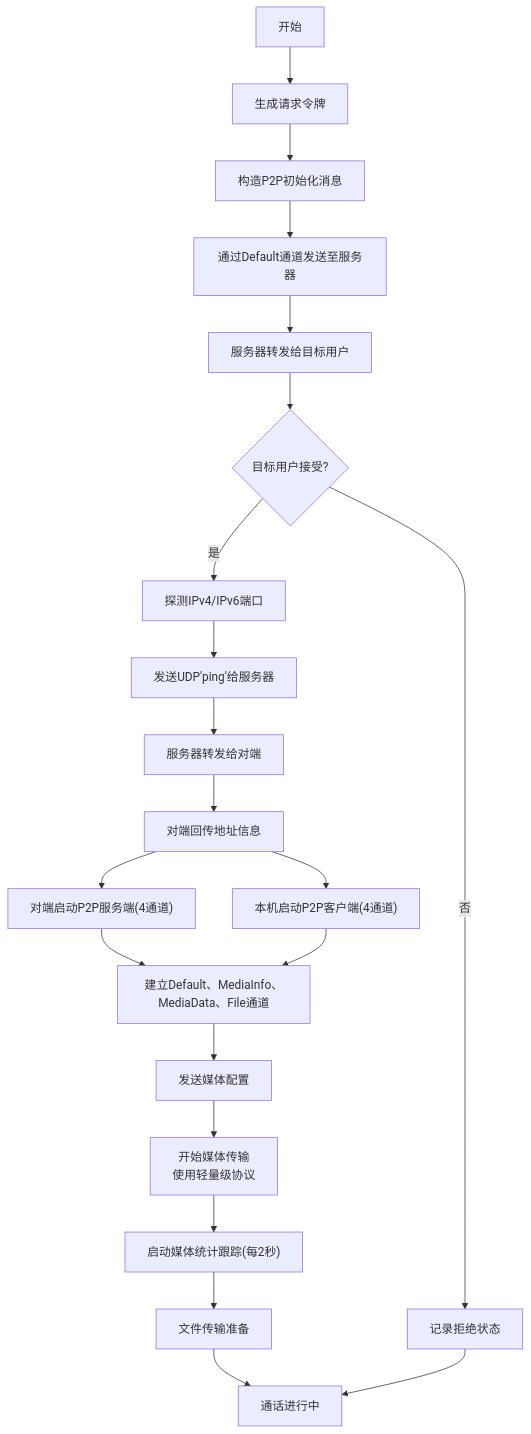
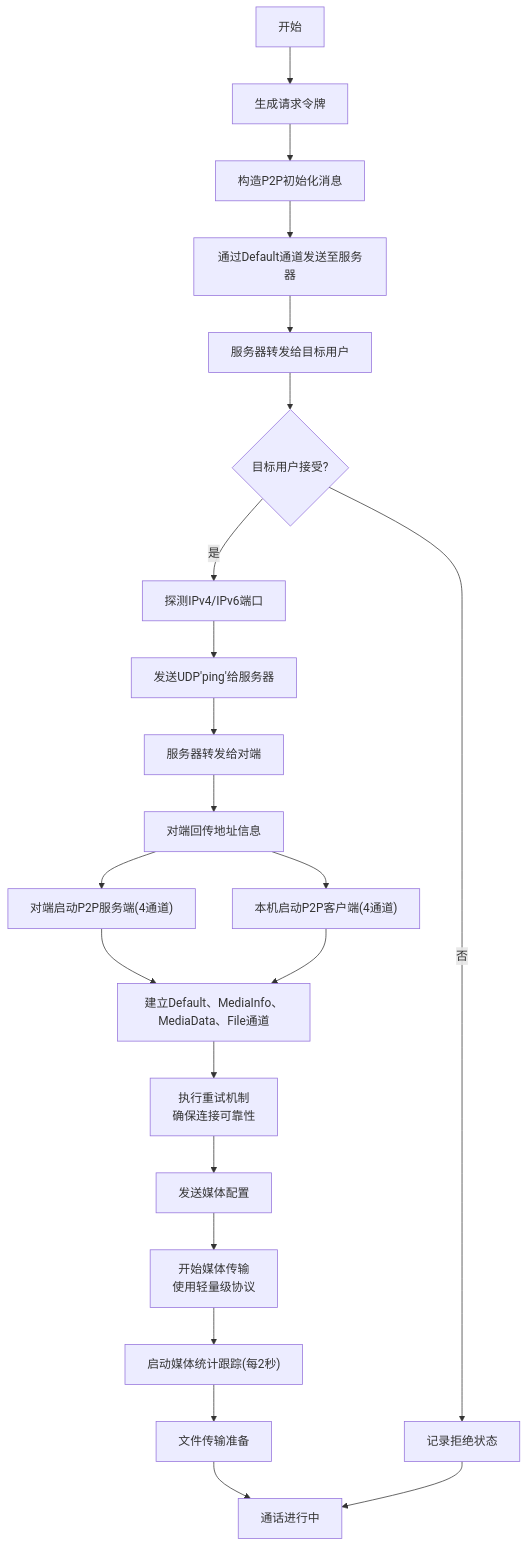
One commit to nicolastinger/only-talk-app changed diagram 14 of 18 in .qoder/repowiki/zh/content/后端服务/P2P服务.md. Above: the diagram before and after it, drawn with Mermaid. The commit also changed other lines of this file and 17 other files, not shown here.

````diff
--- a/.qoder/repowiki/zh/content/后端服务/P2P服务.md
+++ b/.qoder/repowiki/zh/content/后端服务/P2P服务.md
@@ -854,23 +968,23 @@
 ```mermaid
 flowchart TD
 S["开始"] --> GenToken["生成请求令牌"]
 GenToken --> BuildMsg["构造P2P初始化消息"]
 BuildMsg --> SendToSrv["通过Default通道发送至服务器"]
 SendToSrv --> RecvFromSrv["服务器转发给目标用户"]
 RecvFromSrv --> Accept{"目标用户接受?"}
 Accept -- 否 --> Reject["记录拒绝状态"]
 Accept -- 是 --> Detect["探测IPv4/IPv6端口"]
 Detect --> UDPPing["发送UDP'ping'给服务器"]
 UDPPing --> SrvFwd["服务器转发给对端"]
 SrvFwd --> AddrBack["对端回传地址信息"]
 AddrBack --> RunSrv["对端启动P2P服务端(4通道)"]
 AddrBack --> RunCli["本机启动P2P客户端(4通道)"]
 RunSrv --> Establish["建立Default、MediaInfo、MediaData、File通道"]
-RunCli --> Establish
-Establish --> SendCfg["发送媒体配置"]
+RunCli --> Establish --> Retry["执行重试机制<br/>确保连接可靠性"]
+Retry --> SendCfg["发送媒体配置"]
 SendCfg --> StartMedia["开始媒体传输<br/>使用轻量级协议"]
 StartMedia --> StartStats["启动媒体统计跟踪(每2秒)"]
 StartStats --> FileTrans["文件传输准备"]
 FileTrans --> End["通话进行中"]
 Reject --> End
 ```
````
